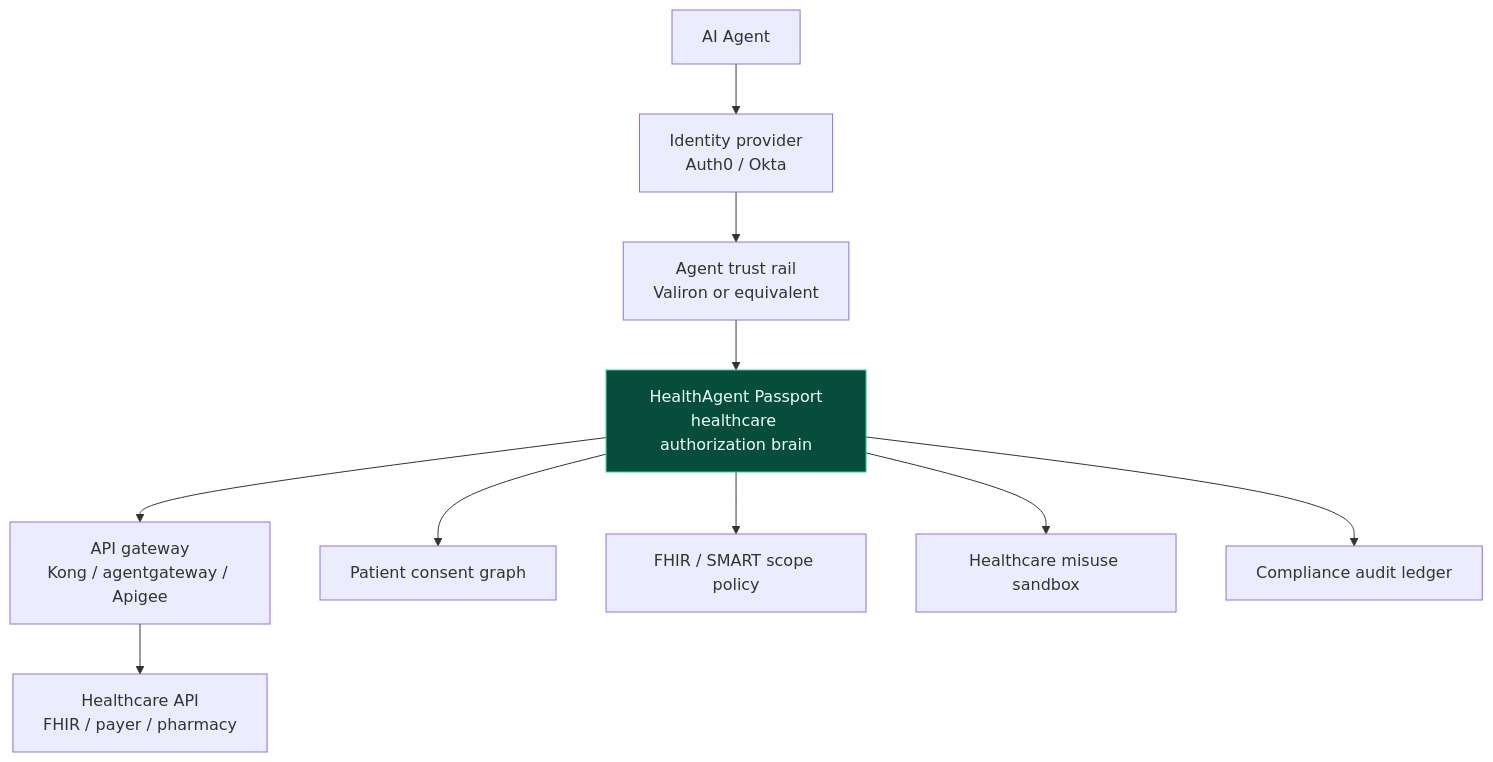
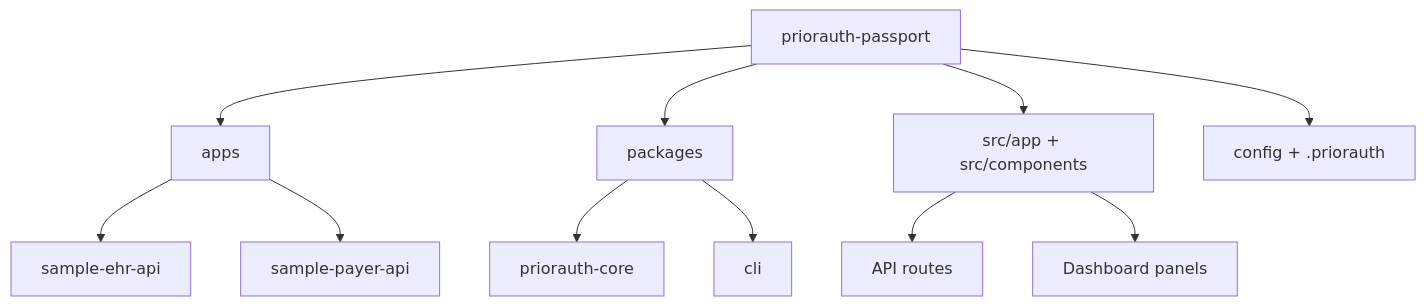
The second of 5 diagrams in docs/architecture.md (roshaninfordham/healthagentpassport), drawn with Mermaid before and after one commit. The commit also changed other lines of this file and 137 other files, not shown here.

Commit message:
Transform product into PriorAuth Passport

````diff
--- a/docs/architecture.md
+++ b/docs/architecture.md
@@ -100,16 +29,13 @@
 ```mermaid
 flowchart TD
-  Agent[AI Agent] --> Identity[Identity provider<br/>Auth0 / Okta]
-  Identity --> TrustRail[Agent trust rail<br/>Valiron or equivalent]
-  TrustRail --> Passport[HealthAgent Passport<br/>healthcare authorization brain]
-  Passport --> ApiGateway[API gateway<br/>Kong / agentgateway / Apigee]
-  ApiGateway --> HealthApi[Healthcare API<br/>FHIR / payer / pharmacy]
-
-  Passport --> Consent[Patient consent graph]
-  Passport --> Scopes[FHIR / SMART scope policy]
-  Passport --> Sandbox[Healthcare misuse sandbox]
-  Passport --> Audit[Compliance audit ledger]
-
-  classDef passport fill:#064e3b,stroke:#34d399,color:#ecfdf5;
-  class Passport passport;
+  Repo[priorauth-passport] --> Apps[apps]
+  Repo --> Packages[packages]
+  Repo --> Studio[src/app + src/components]
+  Repo --> Config[config + .priorauth]
+  Apps --> EHR[sample-ehr-api]
+  Apps --> Payer[sample-payer-api]
+  Packages --> Core[priorauth-core]
+  Packages --> Cli[cli]
+  Studio --> Routes[API routes]
+  Studio --> UI[Dashboard panels]
 ```
````
